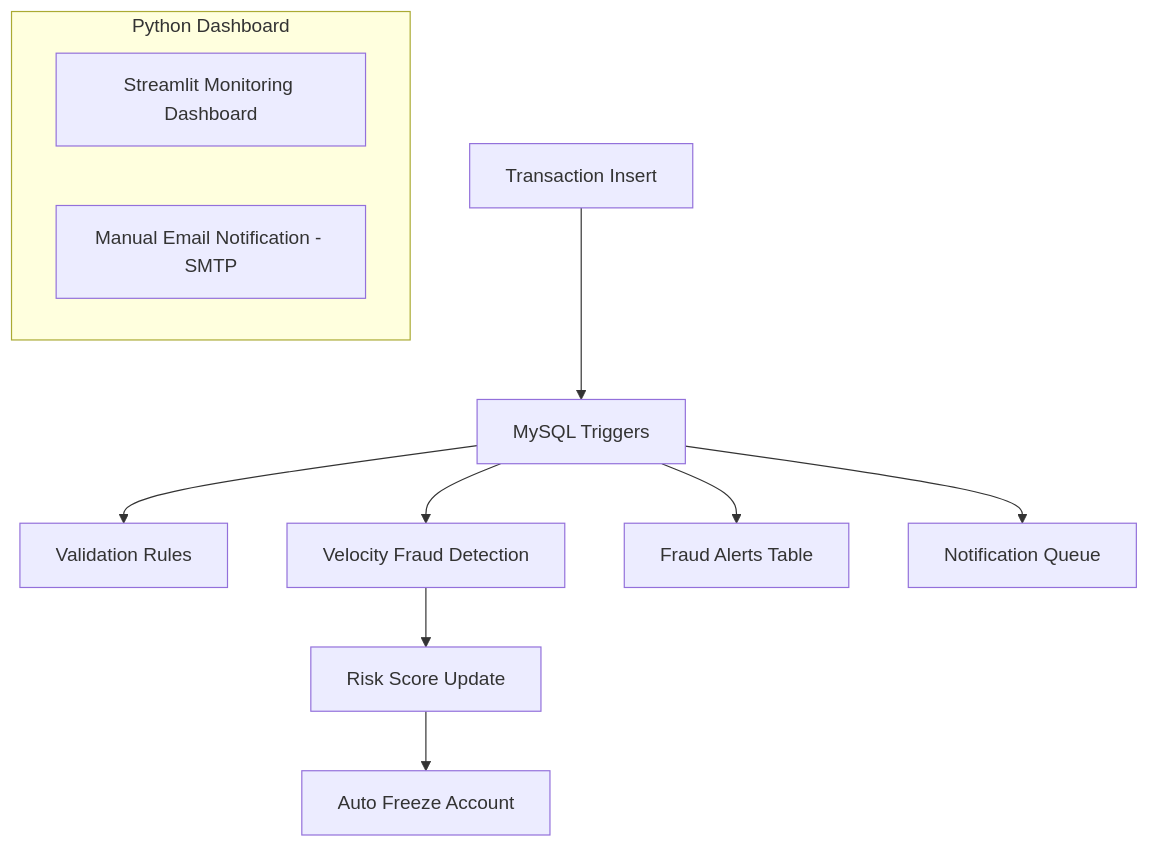
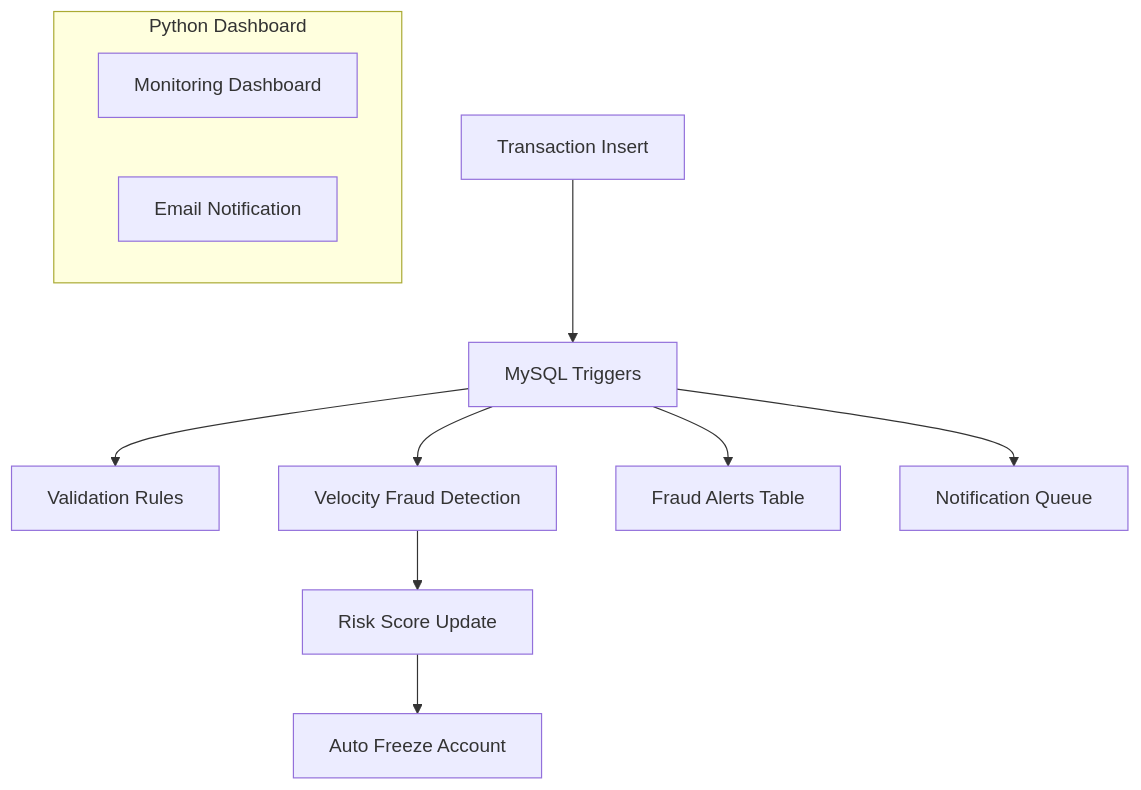
Before and after one commit to kishorem1206/Database-Driven-Fraud-Detection-System: the diagram in README.md, drawn with Mermaid.

Commit message:
Modified System architecture

````diff
--- a/README.md
+++ b/README.md
@@ -35,22 +35,22 @@
 ```mermaid
 flowchart TD
 
     %% Core Database Layer
     A[Transaction Insert] --> B[MySQL Triggers]
 
     B --> C[Validation Rules]
     B --> D[Velocity Fraud Detection]
     B --> E[Fraud Alerts Table]
     B --> F[Notification Queue]
     D --> G[Risk Score Update]
     G --> H[Auto Freeze Account]
 
     %% -------------------------
     %% Python Layer (Independent)
     %% -------------------------
     subgraph Python_Consumers["Python Dashboard"]
-        I[Streamlit Monitoring Dashboard]
-        J[Manual Email Notification - SMTP]
+        I[Monitoring Dashboard]
+        J[Email Notification]
     end
 
 ```
````
